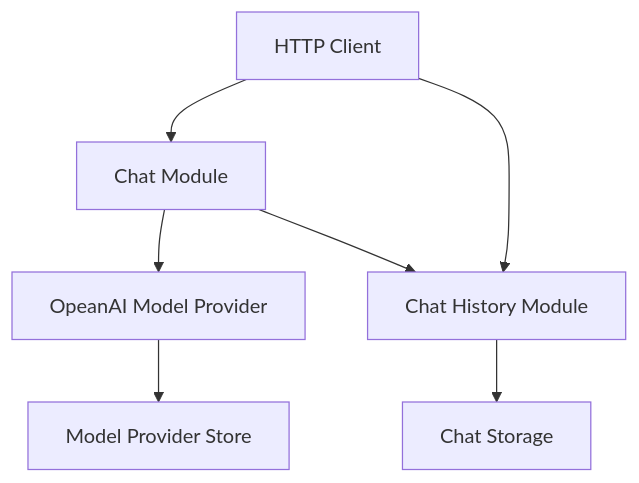
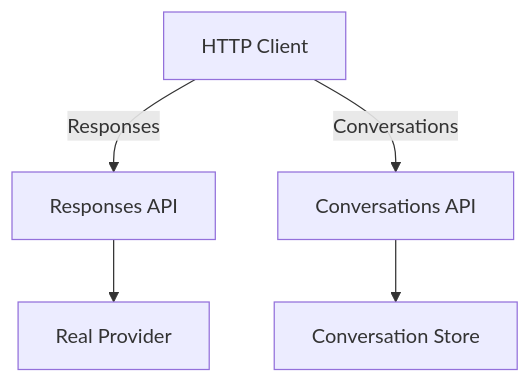
One commit to modAI-systems/modAI-chat changed the diagram in backend/architecture/chat.md. Above: the diagram before and after it, drawn with Mermaid. The commit also changed other lines of this file and 11 other files, not shown here.

````diff
--- a/backend/architecture/chat.md
+++ b/backend/architecture/chat.md
@@ -17,9 +17,8 @@
 ```mermaid
 flowchart TD
-    A[HTTP Client] --> B[Chat Module]
-    B --> C[OpeanAI Model Provider]
-    C --> F[Model Provider Store]
-    B --> D[Chat History Module]
-    D --> E[Chat Storage]
-    A --> D
+    A[HTTP Client]
+    A -->|Responses| C[Responses API]
+    A -->|Conversations| D[Conversations API]
+    C --> E[Real Provider]
+    D --> F[Conversation Store]
 ```
````
